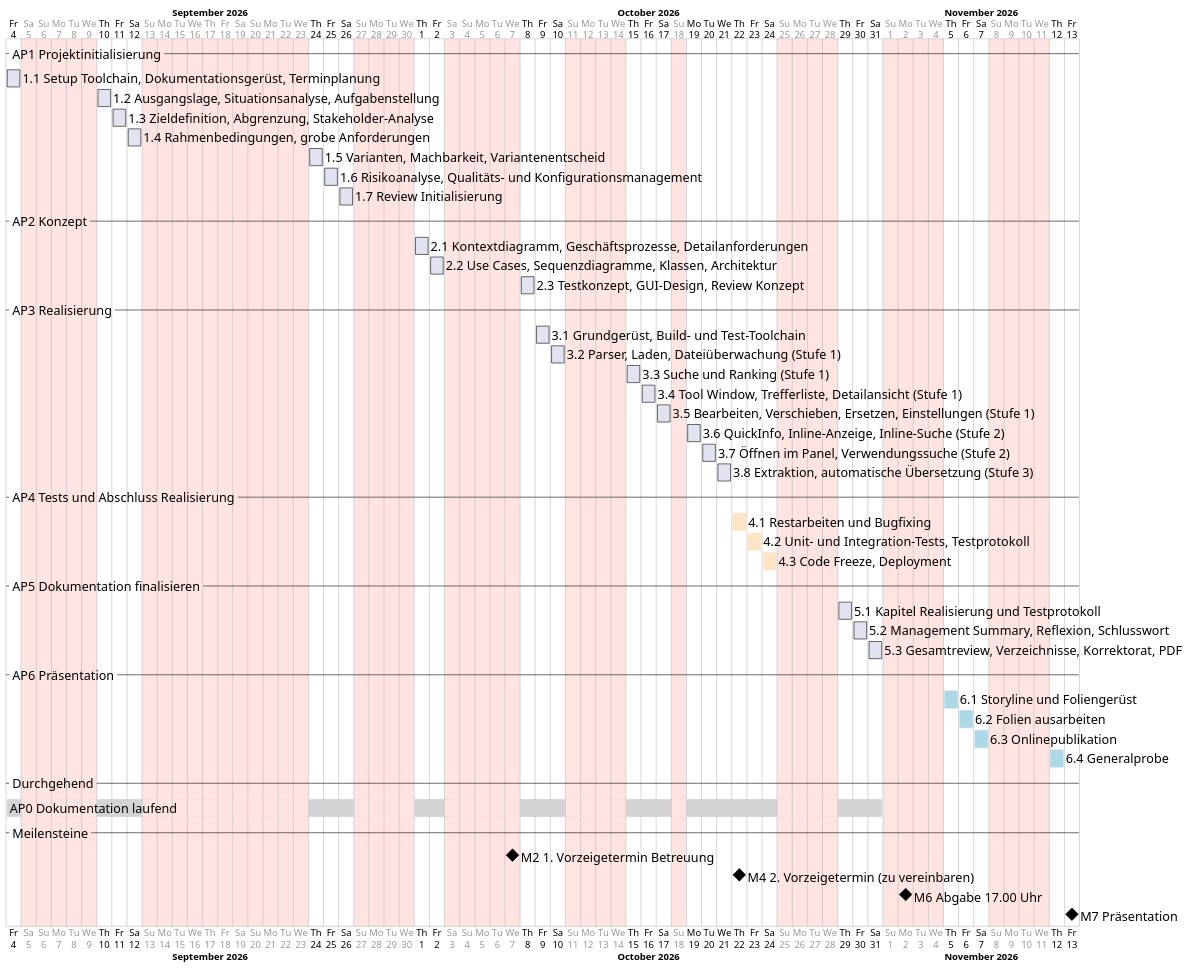
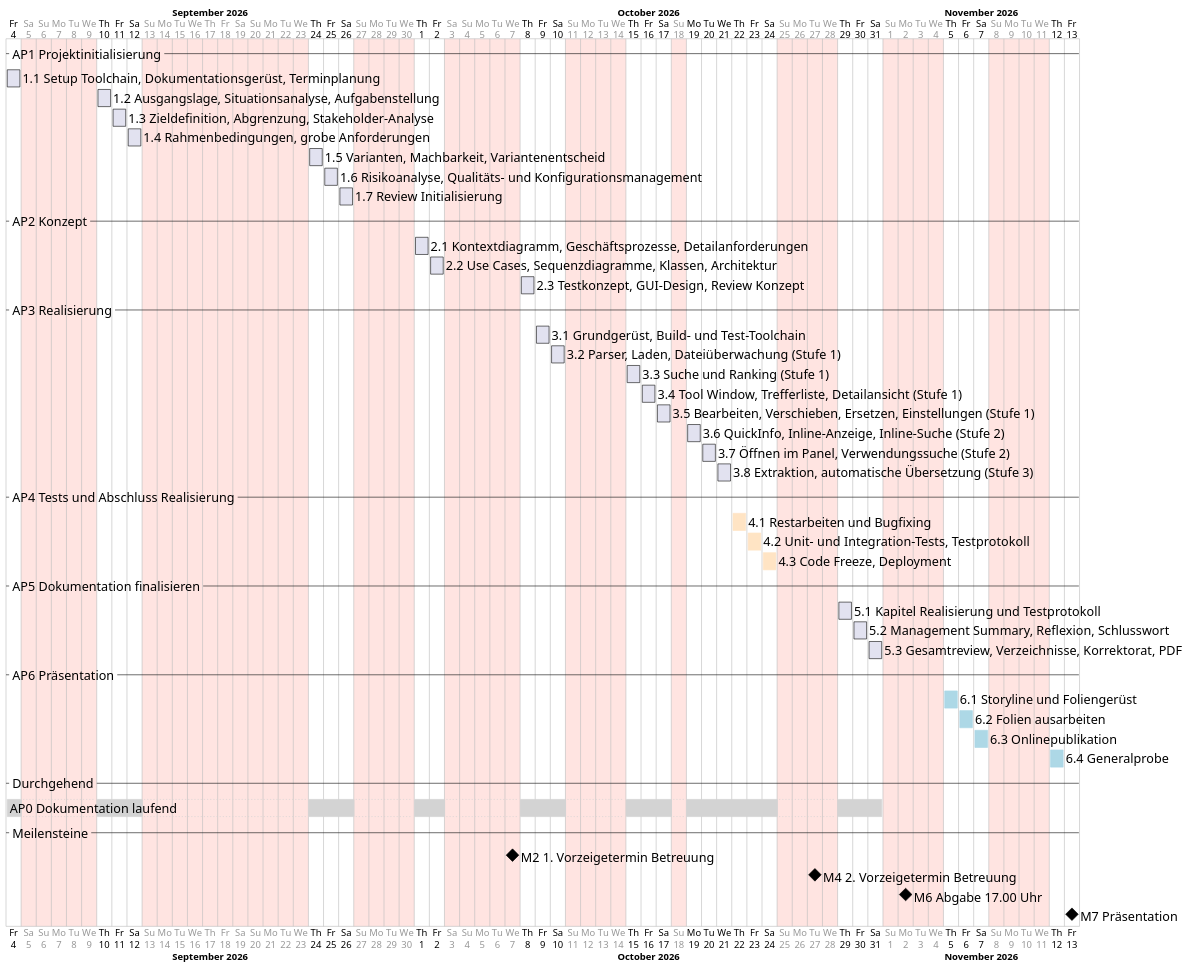
One commit to Adyrem/diploma-label-localization changed the diagram in documentation/diagrams/Terminplan_Soll.puml. Above: the diagram before and after it, drawn with PlantUML. The commit also changed 17 other files, not shown here.

```diff
--- a/documentation/diagrams/Terminplan_Soll.puml
+++ b/documentation/diagrams/Terminplan_Soll.puml
@@ -1,86 +1,86 @@
 @startgantt
 ' Soll-Terminplan Diplomarbeit, Detailplanung auf Tagesebene
 ' Arbeitstage Do/Fr/Sa, Mo-Mi Erwerbstätigkeit, So blockiert
 ' Rendern: plantuml -tpng -charset UTF-8 Terminplan_Soll.puml
 
 <style>
 ganttDiagram {
   task { FontSize 20 }
   milestone { FontSize 20 }
   separator { FontSize 20 }
   timeline { FontSize 15 }
   closed { BackGroundColor MistyRose }
 }
 </style>
 
 projectscale daily zoom 1
 project starts 2026-09-04
 
 monday are closed
 tuesday are closed
 wednesday are closed
 sunday are closed
 
 2026-09-05 to 2026-09-06 are closed
 2026-09-17 to 2026-09-20 are closed
 2026-10-03 to 2026-10-04 are closed
 2026-10-19 to 2026-10-21 are open
 
 -- AP1 Projektinitialisierung --
 [1.1 Setup Toolchain, Dokumentationsgerüst, Terminplanung] as [T11] starts 2026-09-04 and requires 1 day
 [1.2 Ausgangslage, Situationsanalyse, Aufgabenstellung] as [T12] starts 2026-09-10 and requires 1 day
 [1.3 Zieldefinition, Abgrenzung, Stakeholder-Analyse] as [T13] starts 2026-09-11 and requires 1 day
 [1.4 Rahmenbedingungen, grobe Anforderungen] as [T14] starts 2026-09-12 and requires 1 day
 [1.5 Varianten, Machbarkeit, Variantenentscheid] as [T15] starts 2026-09-24 and requires 1 day
 [1.6 Risikoanalyse, Qualitäts- und Konfigurationsmanagement] as [T16] starts 2026-09-25 and requires 1 day
 [1.7 Review Initialisierung] as [T17] starts 2026-09-26 and requires 1 day
 
 -- AP2 Konzept --
 [2.1 Kontextdiagramm, Geschäftsprozesse, Detailanforderungen] as [T21] starts 2026-10-01 and requires 1 day
 [2.2 Use Cases, Sequenzdiagramme, Klassen, Architektur] as [T22] starts 2026-10-02 and requires 1 day
 [2.3 Testkonzept, GUI-Design, Review Konzept] as [T23] starts 2026-10-08 and requires 1 day
 
 -- AP3 Realisierung --
 [3.1 Grundgerüst, Build- und Test-Toolchain] as [T31] starts 2026-10-09 and requires 1 day
 [3.2 Parser, Laden, Dateiüberwachung (Stufe 1)] as [T32] starts 2026-10-10 and requires 1 day
 [3.3 Suche und Ranking (Stufe 1)] as [T33] starts 2026-10-15 and requires 1 day
 [3.4 Tool Window, Trefferliste, Detailansicht (Stufe 1)] as [T34] starts 2026-10-16 and requires 1 day
 [3.5 Bearbeiten, Verschieben, Ersetzen, Einstellungen (Stufe 1)] as [T35] starts 2026-10-17 and requires 1 day
 [3.6 QuickInfo, Inline-Anzeige, Inline-Suche (Stufe 2)] as [T36] starts 2026-10-19 and requires 1 day
 [3.7 Öffnen im Panel, Verwendungssuche (Stufe 2)] as [T37] starts 2026-10-20 and requires 1 day
 [3.8 Extraktion, automatische Übersetzung (Stufe 3)] as [T38] starts 2026-10-21 and requires 1 day
 
 -- AP4 Tests und Abschluss Realisierung --
 [4.1 Restarbeiten und Bugfixing] as [T41] starts 2026-10-22 and requires 1 day
 [4.2 Unit- und Integration-Tests, Testprotokoll] as [T42] starts 2026-10-23 and requires 1 day
 [4.3 Code Freeze, Deployment] as [T43] starts 2026-10-24 and requires 1 day
 
 -- AP5 Dokumentation finalisieren --
 [5.1 Kapitel Realisierung und Testprotokoll] as [T51] starts 2026-10-29 and requires 1 day
 [5.2 Management Summary, Reflexion, Schlusswort] as [T52] starts 2026-10-30 and requires 1 day
 [5.3 Gesamtreview, Verzeichnisse, Korrektorat, PDF] as [T53] starts 2026-10-31 and requires 1 day
 
 -- AP6 Präsentation --
 [6.1 Storyline und Foliengerüst] as [T61] starts 2026-11-05 and requires 1 day
 [6.2 Folien ausarbeiten] as [T62] starts 2026-11-06 and requires 1 day
 [6.3 Onlinepublikation] as [T63] starts 2026-11-07 and requires 1 day
 [6.4 Generalprobe] as [T64] starts 2026-11-12 and requires 1 day
 
 -- Durchgehend --
 [AP0 Dokumentation laufend] as [T00] starts 2026-09-04 and ends 2026-10-31
 
 -- Meilensteine --
 [M2 1. Vorzeigetermin Betreuung] happens 2026-10-07
-[M4 2. Vorzeigetermin (zu vereinbaren)] happens 2026-10-22
+[M4 2. Vorzeigetermin Betreuung] happens 2026-10-27
 [M6 Abgabe 17.00 Uhr] happens 2026-11-02
 [M7 Präsentation] happens 2026-11-13
 
 [T00] is colored in LightGray
 [T41] is colored in Bisque
 [T42] is colored in Bisque
 [T43] is colored in Bisque
 [T61] is colored in LightBlue
 [T62] is colored in LightBlue
 [T63] is colored in LightBlue
 [T64] is colored in LightBlue
 @endgantt
```
